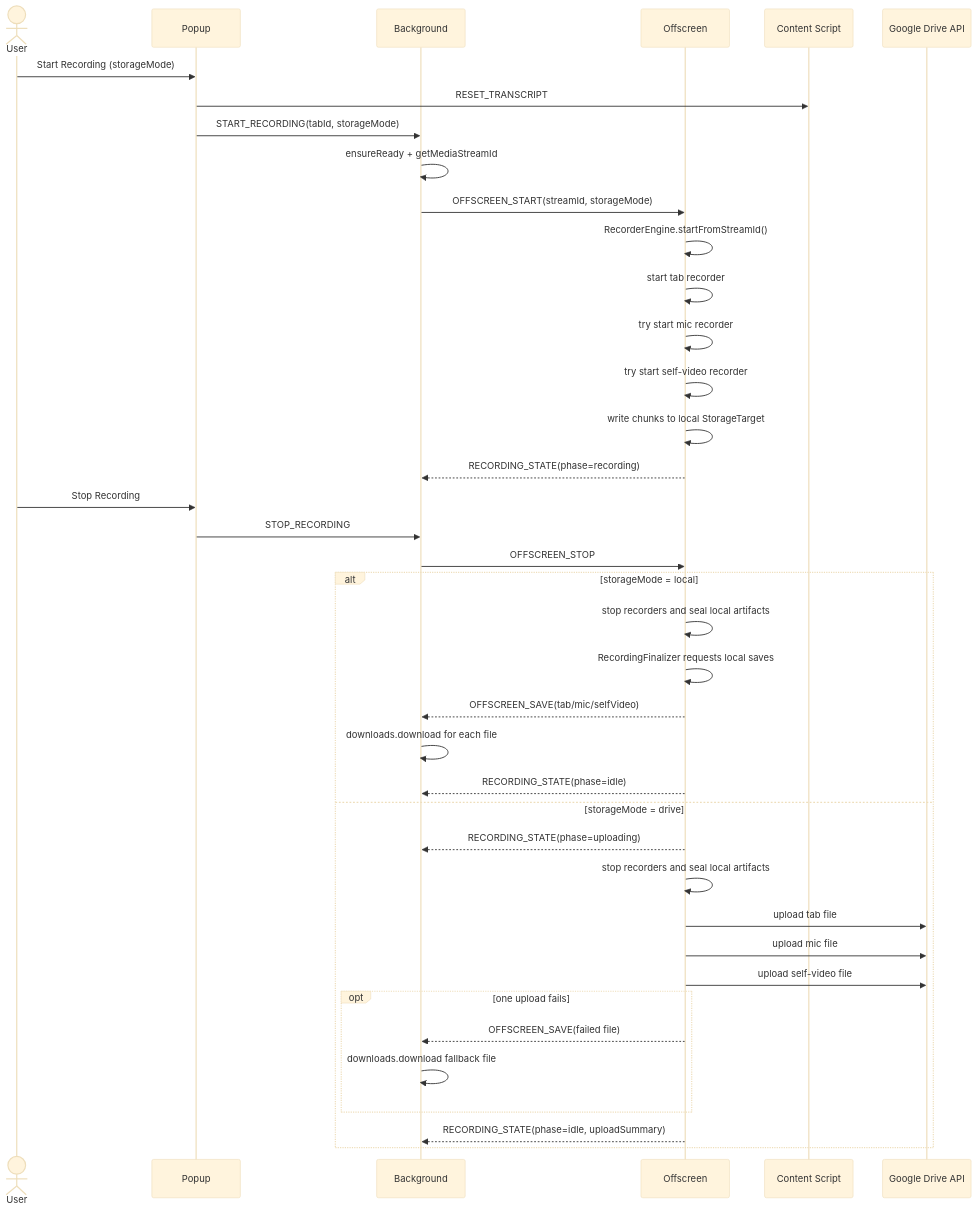
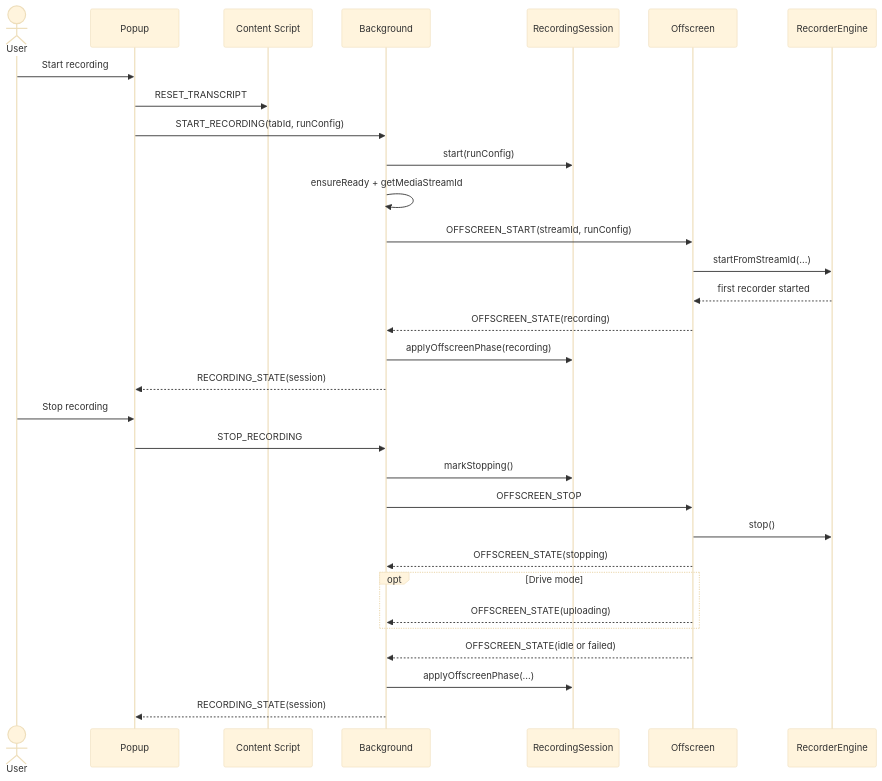
Before and after one commit to kstroevsky/chrome-meeting-recording-extension: the second of 10 diagrams in Documentation.md, drawn with Mermaid (base theme). The commit also changed other lines of this file, not shown here.

Commit message:
Docs: Update Documentation.md with new architecture approach

````diff
--- a/Documentation.md
+++ b/Documentation.md
@@ -160,45 +466,35 @@
 ```mermaid
 sequenceDiagram
     actor User
     participant P as Popup
+    participant C as Content Script
     participant B as Background
+    participant S as RecordingSession
     participant O as Offscreen
-    participant C as Content Script
-    participant G as Google Drive API
+    participant E as RecorderEngine
 
-    User->>P: Start Recording (storageMode)
+    User->>P: Start recording
     P->>C: RESET_TRANSCRIPT
-    P->>B: START_RECORDING(tabId, storageMode)
+    P->>B: START_RECORDING(tabId, runConfig)
+    B->>S: start(runConfig)
     B->>B: ensureReady + getMediaStreamId
-    B->>O: OFFSCREEN_START(streamId, storageMode)
+    B->>O: OFFSCREEN_START(streamId, runConfig)
+    O->>E: startFromStreamId(...)
+    E-->>O: first recorder started
+    O-->>B: OFFSCREEN_STATE(recording)
+    B->>S: applyOffscreenPhase(recording)
+    B-->>P: RECORDING_STATE(session)
 
-    O->>O: RecorderEngine.startFromStreamId()
-    O->>O: start tab recorder
-    O->>O: try start mic recorder
-    O->>O: try start self-video recorder
-    O->>O: write chunks to local StorageTarget
-    O-->>B: RECORDING_STATE(phase=recording)
-
-    User->>P: Stop Recording
+    User->>P: Stop recording
     P->>B: STOP_RECORDING
+    B->>S: markStopping()
     B->>O: OFFSCREEN_STOP
-
-    alt storageMode = local
-        O->>O: stop recorders and seal local artifacts
-        O->>O: RecordingFinalizer requests local saves
-        O-->>B: OFFSCREEN_SAVE(tab/mic/selfVideo)
-        B->>B: downloads.download for each file
-        O-->>B: RECORDING_STATE(phase=idle)
-    else storageMode = drive
-        O-->>B: RECORDING_STATE(phase=uploading)
-        O->>O: stop recorders and seal local artifacts
-        O->>G: upload tab file
-        O->>G: upload mic file
-        O->>G: upload self-video file
-        opt one upload fails
-            O-->>B: OFFSCREEN_SAVE(failed file)
-            B->>B: downloads.download fallback file
-        end
-        O-->>B: RECORDING_STATE(phase=idle, uploadSummary)
+    O->>E: stop()
+    O-->>B: OFFSCREEN_STATE(stopping)
+    opt Drive mode
+        O-->>B: OFFSCREEN_STATE(uploading)
     end
+    O-->>B: OFFSCREEN_STATE(idle or failed)
+    B->>S: applyOffscreenPhase(...)
+    B-->>P: RECORDING_STATE(session)
 ```
````
